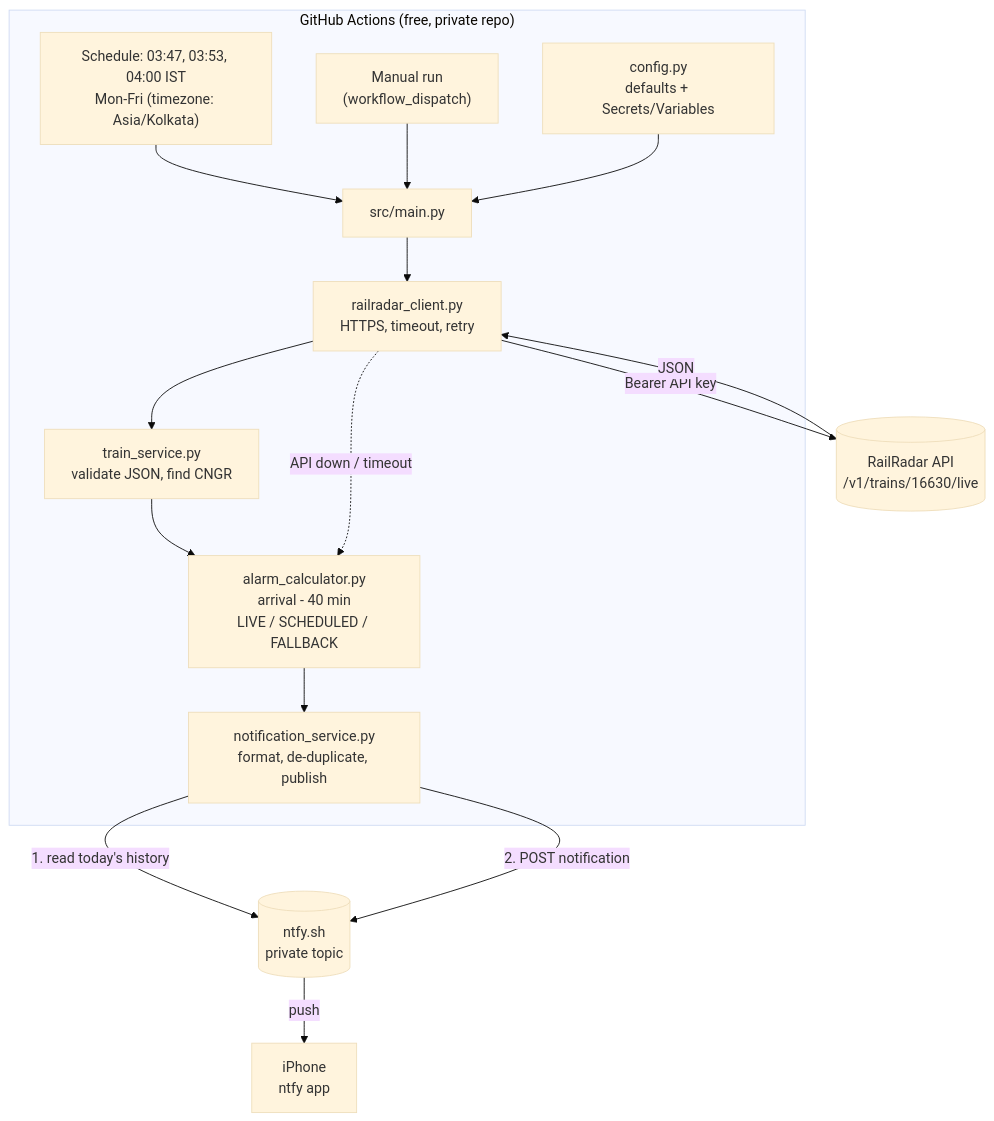
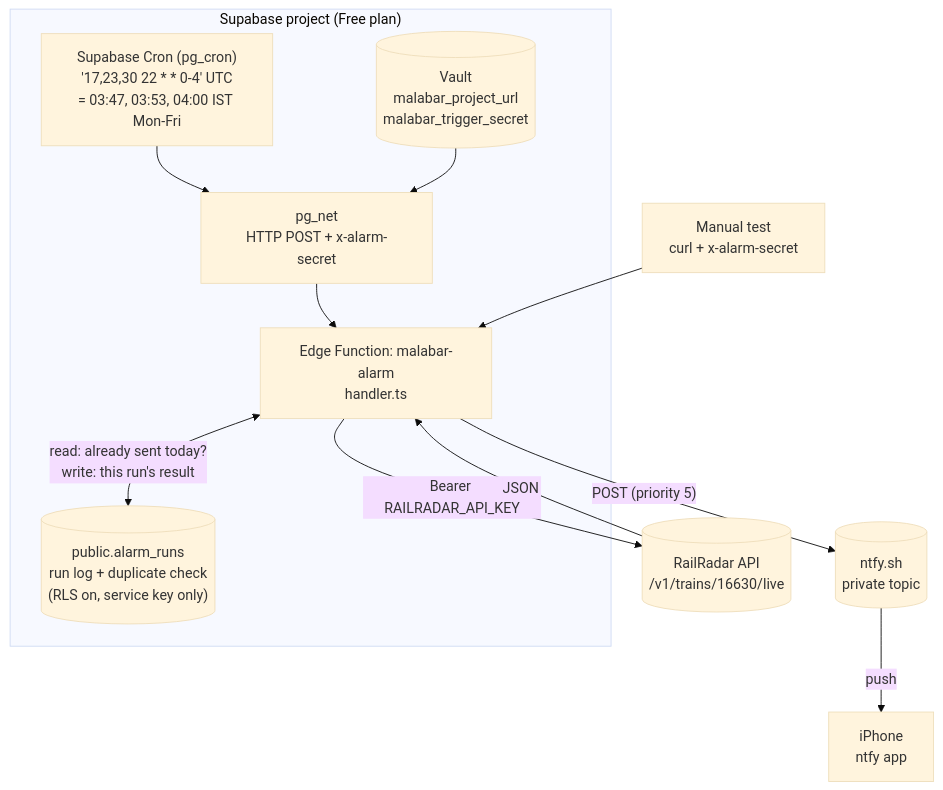
Before and after one commit to jithin-omanakuttan/malabar-smart-alarm: the diagram in README.md, drawn with Mermaid (base theme). The commit also changed other lines of this file and 38 other files, not shown here.

First line of the commit message:
Move Malabar Smart Alarm from GitHub Actions to Supabase

````diff
--- a/README.md
+++ b/README.md
@@ -52,26 +59,19 @@
 ```mermaid
 flowchart TD
-    subgraph GH["GitHub Actions (free, private repo)"]
-        CRON["Schedule: 03:47, 03:53, 04:00 IST<br/>Mon-Fri (timezone: Asia/Kolkata)"]
-        MANUAL["Manual run<br/>(workflow_dispatch)"]
-        MAIN["src/main.py"]
-        CFG["config.py<br/>defaults + Secrets/Variables"]
-        CLIENT["railradar_client.py<br/>HTTPS, timeout, retry"]
-        SVC["train_service.py<br/>validate JSON, find CNGR"]
-        CALC["alarm_calculator.py<br/>arrival - 40 min<br/>LIVE / SCHEDULED / FALLBACK"]
-        NOTIFY["notification_service.py<br/>format, de-duplicate, publish"]
+    subgraph SB["Supabase project (Free plan)"]
+        CRON["Supabase Cron (pg_cron)<br/>'17,23,30 22 * * 0-4' UTC<br/>= 03:47, 03:53, 04:00 IST Mon-Fri"]
+        VAULT[("Vault<br/>malabar_project_url<br/>malabar_trigger_secret")]
+        NET["pg_net<br/>HTTP POST + x-alarm-secret"]
+        FN["Edge Function: malabar-alarm<br/>handler.ts"]
+        DB[("public.alarm_runs<br/>run log + duplicate check<br/>(RLS on, service key only)")]
+        CRON --> NET
+        VAULT --> NET
+        NET --> FN
+        FN <-->|"read: already sent today?<br/>write: this run's result"| DB
     end
-    RR[("RailRadar API<br/>/v1/trains/16630/live")]
-    NTFY[("ntfy.sh<br/>private topic")]
-    PHONE["iPhone<br/>ntfy app"]
-
-    CRON --> MAIN
-    MANUAL --> MAIN
-    CFG --> MAIN
-    MAIN --> CLIENT -->|"Bearer API key"| RR
-    RR -->|JSON| CLIENT --> SVC --> CALC --> NOTIFY
-    CLIENT -. "API down / timeout" .-> CALC
-    NOTIFY -->|"1. read today's history"| NTFY
-    NOTIFY -->|"2. POST notification"| NTFY
-    NTFY -->|push| PHONE
+    MANUAL["Manual test<br/>curl + x-alarm-secret"] --> FN
+    FN -->|"Bearer RAILRADAR_API_KEY"| RR[("RailRadar API<br/>/v1/trains/16630/live")]
+    RR -->|JSON| FN
+    FN -->|"POST (priority 5)"| NTFY[("ntfy.sh<br/>private topic")]
+    NTFY -->|push| PHONE["iPhone<br/>ntfy app"]
 ```
````
